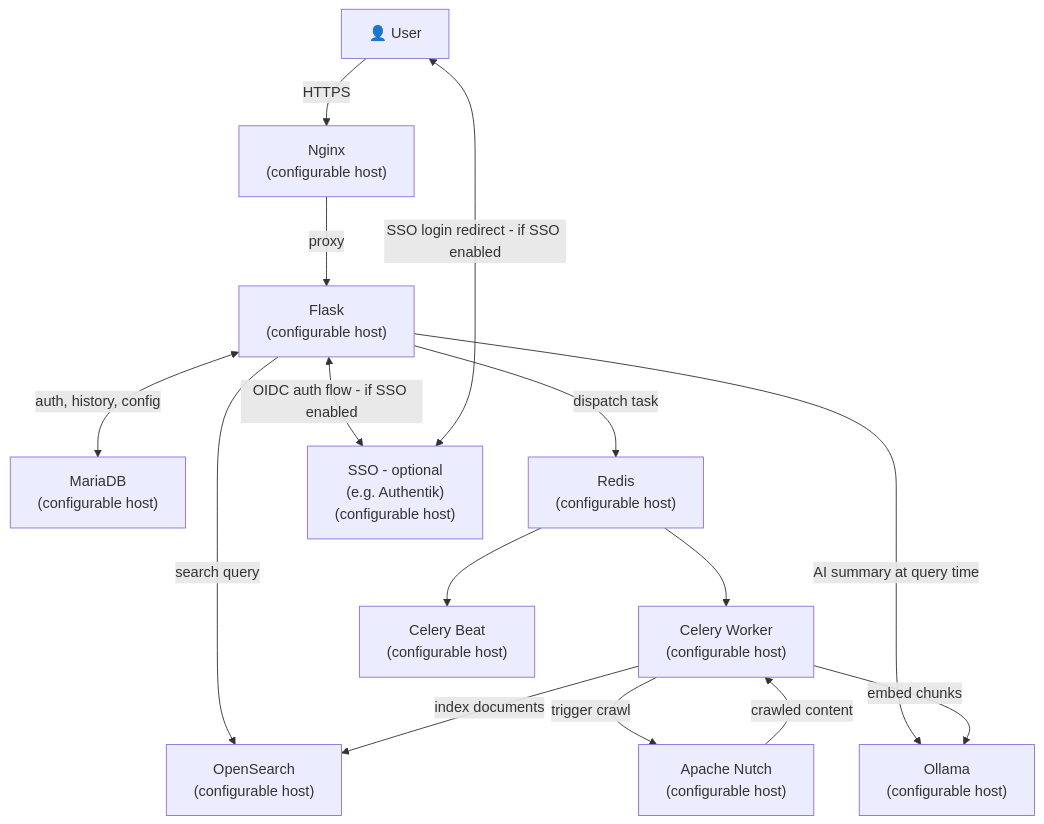
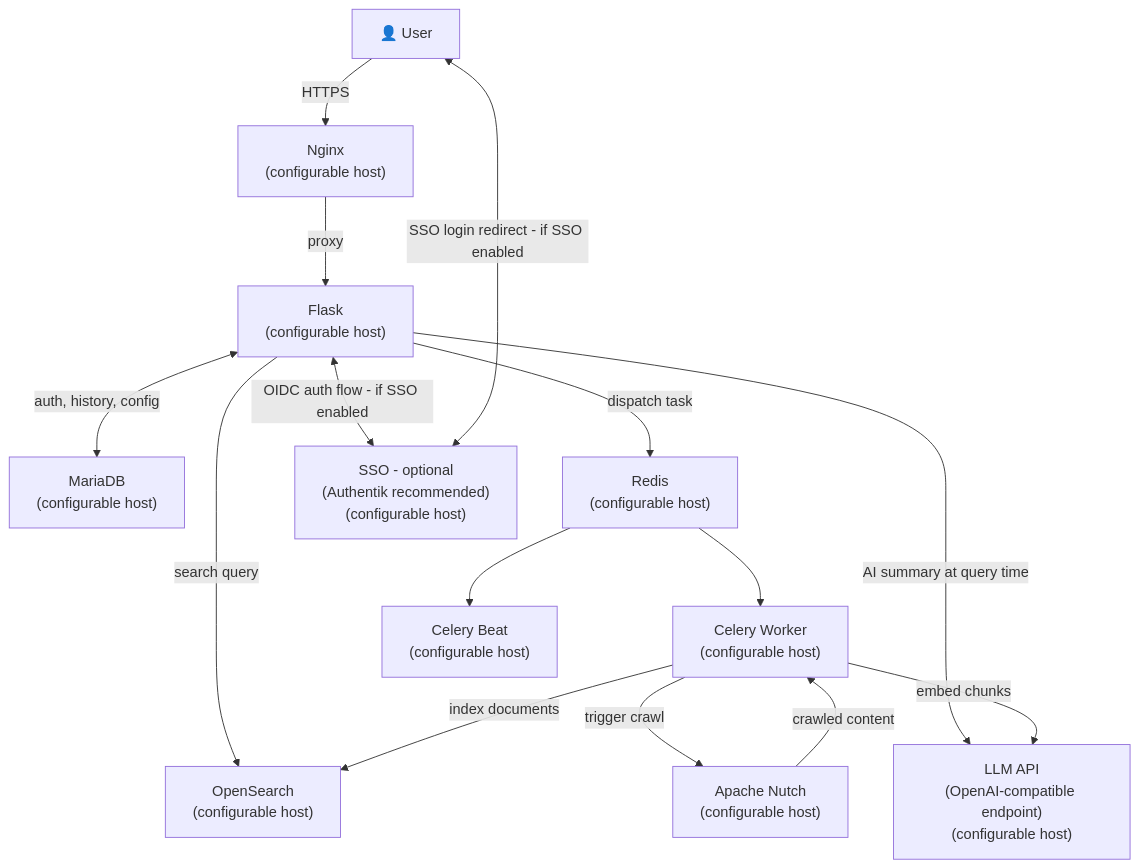
Before and after one commit to eyeclept/SHSE: the first of 5 diagrams in DesignDoc.md, drawn with Mermaid. The commit also changed other lines of this file and 14 other files, not shown here.

````diff
--- a/DesignDoc.md
+++ b/DesignDoc.md
@@ -44,30 +50,30 @@
 ```mermaid
 graph TD
     User["👤 User"]
 
     Nginx["Nginx\n(configurable host)"]
     Flask["Flask\n(configurable host)"]
     MariaDB["MariaDB\n(configurable host)"]
     OS["OpenSearch\n(configurable host)"]
     Redis["Redis\n(configurable host)"]
     Celery["Celery Worker\n(configurable host)"]
     Beat["Celery Beat\n(configurable host)"]
     Nutch["Apache Nutch\n(configurable host)"]
-    Ollama["Ollama\n(configurable host)"]
-    SSO["SSO - optional\n(e.g. Authentik)\n(configurable host)"]
+    LLM["LLM API\n(OpenAI-compatible endpoint)\n(configurable host)"]
+    SSO["SSO - optional\n(Authentik recommended)\n(configurable host)"]
 
     User -->|HTTPS| Nginx
     Nginx -->|proxy| Flask
     Flask <-->|auth, history, config| MariaDB
     Flask -->|search query| OS
     Flask -->|dispatch task| Redis
-    Flask -->|AI summary at query time| Ollama
+    Flask -->|AI summary at query time| LLM
     Flask <-->|OIDC auth flow - if SSO enabled| SSO
     User <-->|SSO login redirect - if SSO enabled| SSO
     Redis --> Celery
     Redis --> Beat
     Celery -->|trigger crawl| Nutch
     Nutch -->|crawled content| Celery
-    Celery -->|embed chunks| Ollama
+    Celery -->|embed chunks| LLM
     Celery -->|index documents| OS
 ```
````
